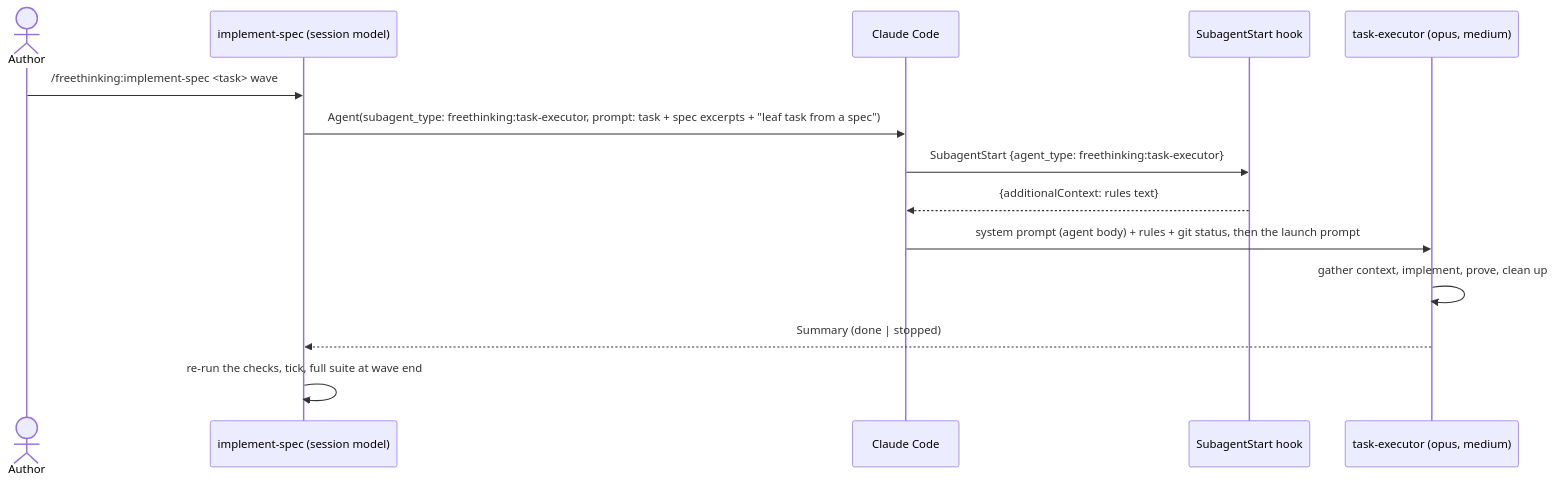
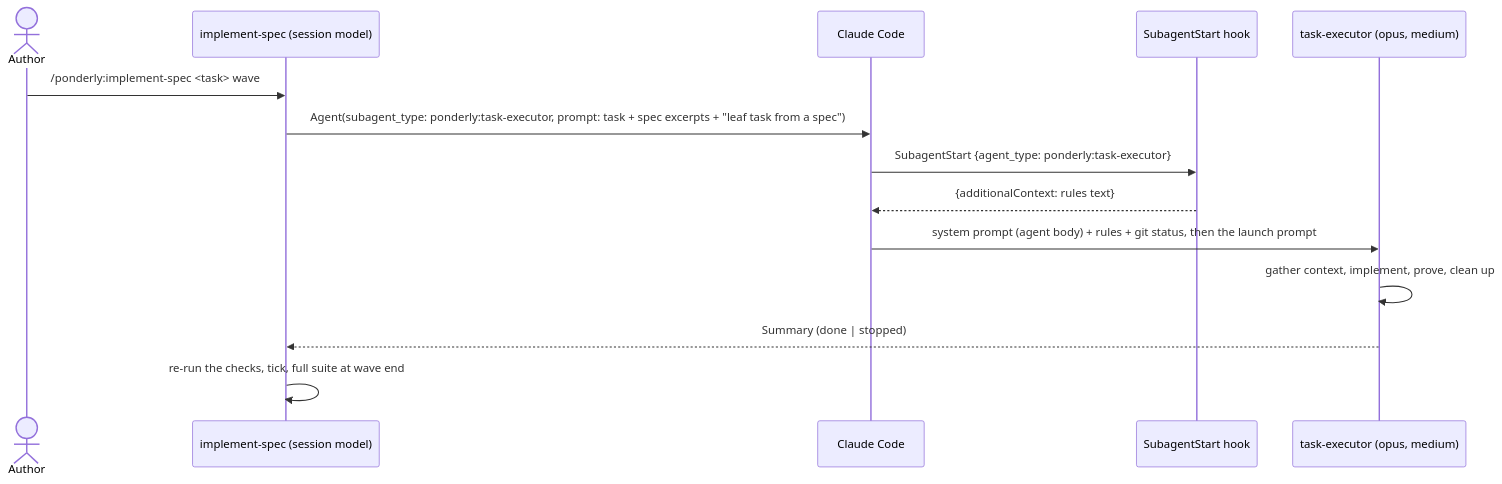
Before and after one commit to freethinkingit/dev_tools: the first of 2 diagrams in .ponderly/specs/task-executor-agent/design.md, drawn with Mermaid. The commit also changed other lines of this file and 182 other files, not shown here.

````diff
--- a/.ponderly/specs/task-executor-agent/design.md
+++ b/.ponderly/specs/task-executor-agent/design.md
@@ -11,16 +11,16 @@
 ```mermaid
 sequenceDiagram
     actor A as Author
     participant S as implement-spec (session model)
     participant CC as Claude Code
     participant H as SubagentStart hook
     participant X as task-executor (opus, medium)
-    A->>S: /freethinking:implement-spec <task> wave
-    S->>CC: Agent(subagent_type: freethinking:task-executor, prompt: task + spec excerpts + "leaf task from a spec")
-    CC->>H: SubagentStart {agent_type: freethinking:task-executor}
+    A->>S: /ponderly:implement-spec <task> wave
+    S->>CC: Agent(subagent_type: ponderly:task-executor, prompt: task + spec excerpts + "leaf task from a spec")
+    CC->>H: SubagentStart {agent_type: ponderly:task-executor}
     H-->>CC: {additionalContext: rules text}
     CC->>X: system prompt (agent body) + rules + git status, then the launch prompt
     X->>X: gather context, implement, prove, clean up
     X-->>S: Summary (done | stopped)
     S->>S: re-run the checks, tick, full suite at wave end
 ```
````
